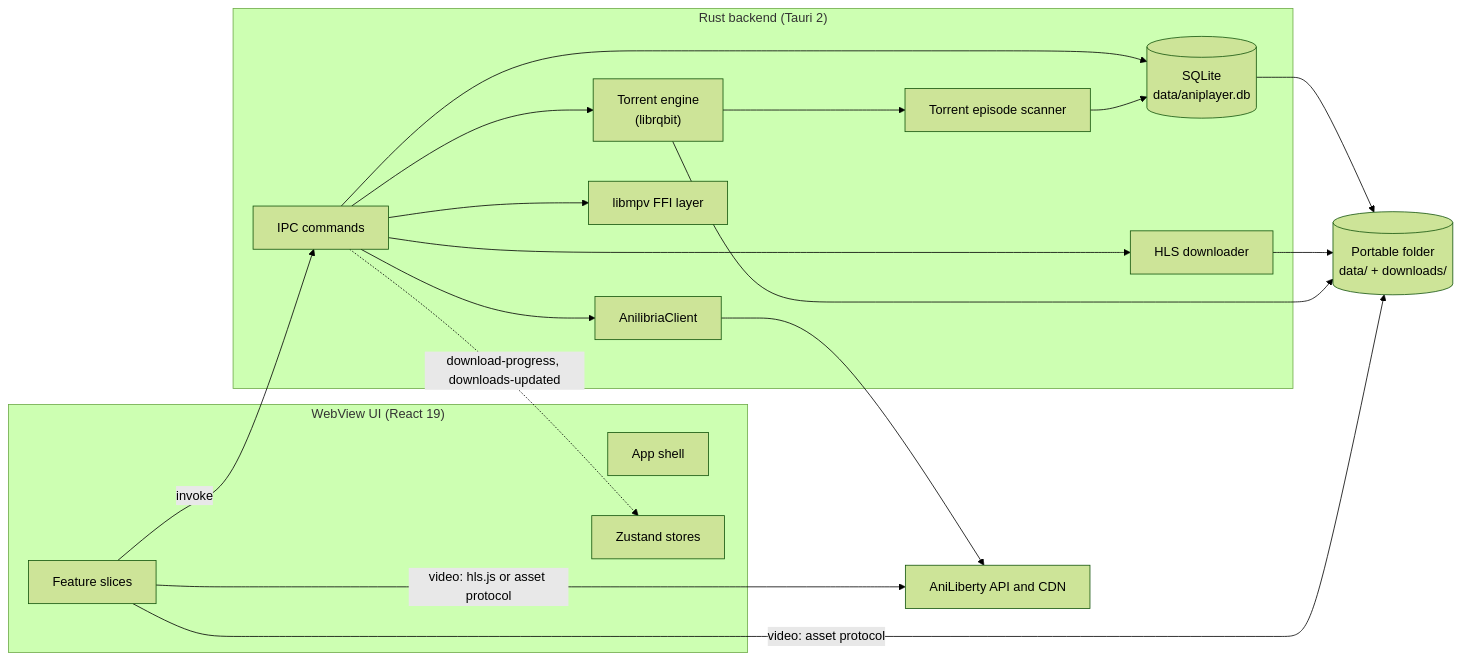
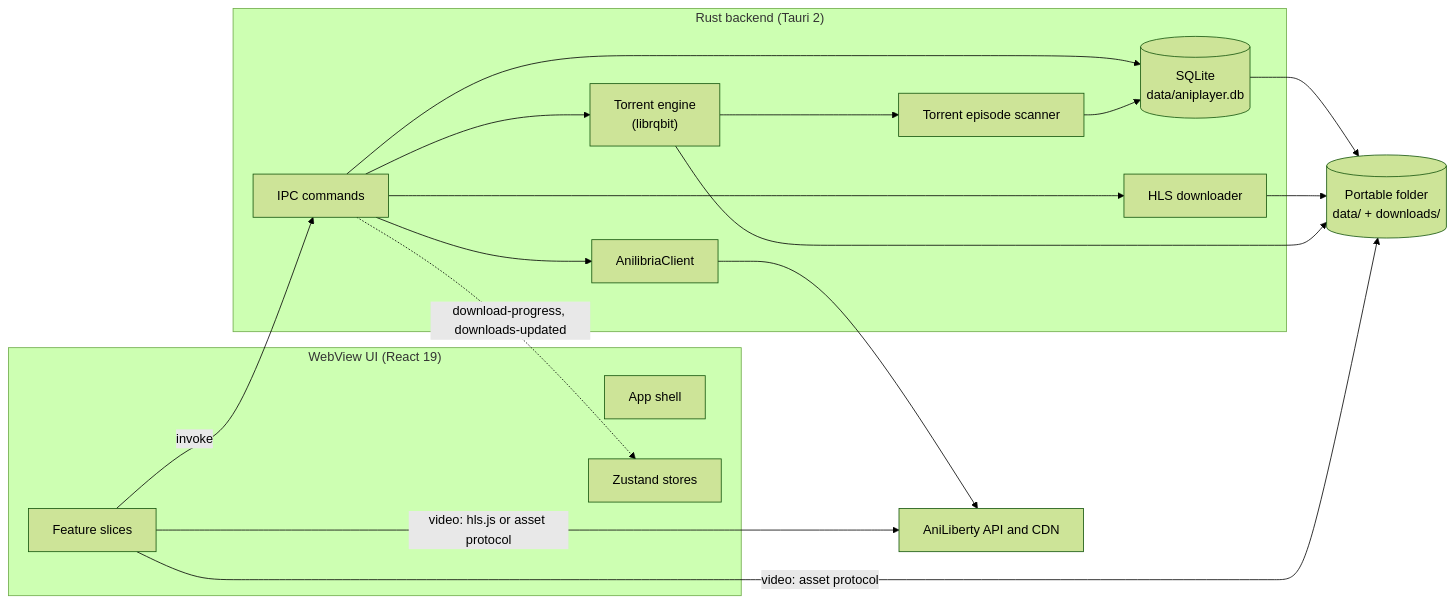
Before and after one commit to shidot3m/aniplayer: the diagram in docs/architecture.md, drawn with Mermaid (forest theme). The commit also changed other lines of this file and 69 other files, not shown here.

First line of the commit message:
refactor(player): remove the unused native libmpv layer

````diff
--- a/docs/architecture.md
+++ b/docs/architecture.md
@@ -9,32 +9,30 @@
 ```mermaid
 flowchart LR
     subgraph WebView["WebView UI (React 19)"]
         Shell["App shell"]
         Features["Feature slices"]
         Stores["Zustand stores"]
     end
 
     subgraph Rust["Rust backend (Tauri 2)"]
         Commands["IPC commands"]
         ApiClient["AnilibriaClient"]
         Database[("SQLite<br/>data/aniplayer.db")]
         HlsDownloader["HLS downloader"]
         TorrentEngine["Torrent engine<br/>(librqbit)"]
         Scanner["Torrent episode scanner"]
-        Mpv["libmpv FFI layer"]
     end
 
     AniLiberty["AniLiberty API and CDN"]
     Disk[("Portable folder<br/>data/ + downloads/")]
 
     Features -->|invoke| Commands
     Commands --> ApiClient --> AniLiberty
     Commands --> Database --> Disk
     Commands --> HlsDownloader --> Disk
     Commands --> TorrentEngine --> Disk
     TorrentEngine --> Scanner --> Database
-    Commands --> Mpv
     Features -->|"video: hls.js or asset protocol"| AniLiberty
     Features -->|"video: asset protocol"| Disk
     Commands -.->|"download-progress, downloads-updated"| Stores
 ```
````
